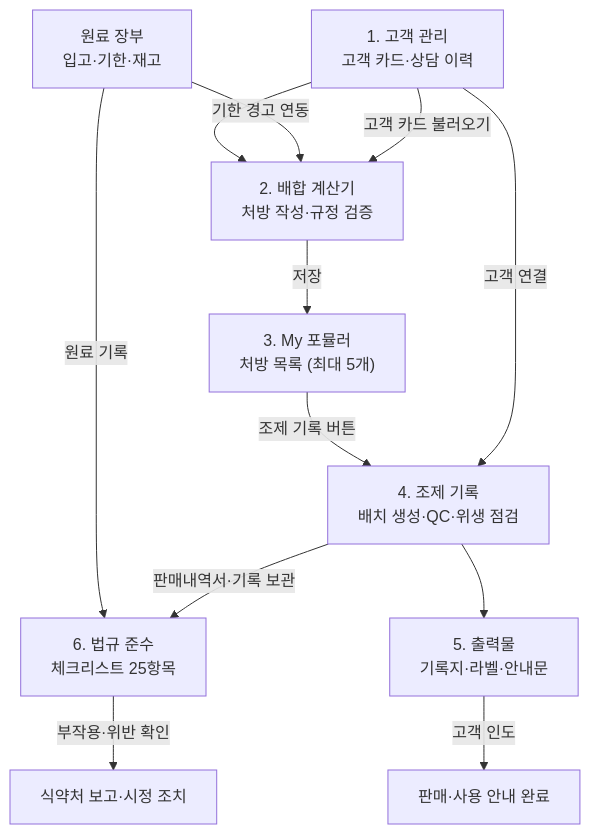
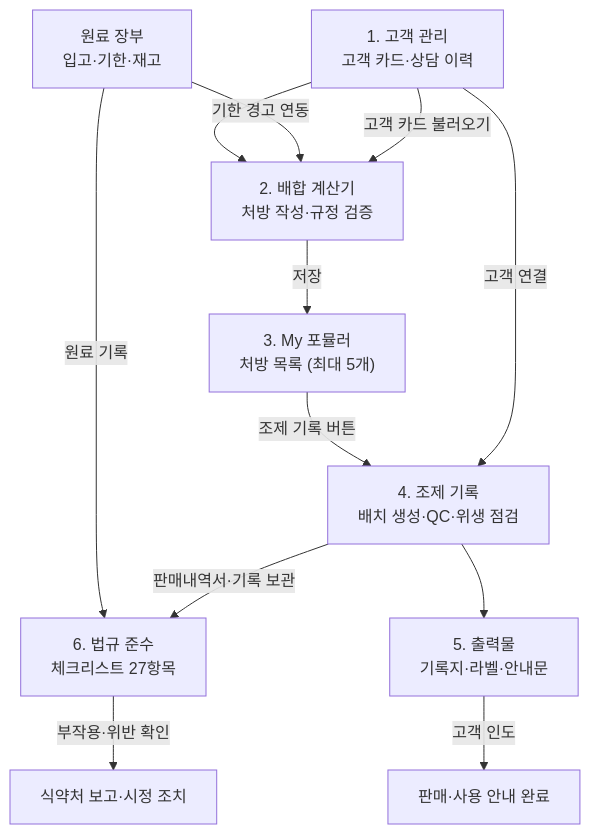
The diagram in docs/user/formula_manual.md (skygoldlee-cyber/Personalized_Skincare), drawn with Mermaid before and after one commit. The commit also changed other lines of this file and 7 other files, not shown here.

````diff
--- a/docs/user/formula_manual.md
+++ b/docs/user/formula_manual.md
@@ -16,14 +17,14 @@
 ```mermaid
 graph TD
     A["1. 고객 관리<br/>고객 카드·상담 이력"] --> B["2. 배합 계산기<br/>처방 작성·규정 검증"]
     C["원료 장부<br/>입고·기한·재고"] -->|기한 경고 연동| B
     A -->|고객 카드 불러오기| B
     B -->|저장| D["3. My 포뮬러<br/>처방 목록 (최대 5개)"]
     D -->|조제 기록 버튼| E["4. 조제 기록<br/>배치 생성·QC·위생 점검"]
     A -->|고객 연결| E
-    C -->|원료 기록| F["6. 법규 준수<br/>체크리스트 25항목"]
+    C -->|원료 기록| F["6. 법규 준수<br/>체크리스트 27항목"]
     E -->|판매내역서·기록 보관| F
     E --> G["5. 출력물<br/>기록지·라벨·안내문"]
     G -->|고객 인도| H["판매·사용 안내 완료"]
     F -->|부작용·위반 확인| I["식약처 보고·시정 조치"]
 ```
````
